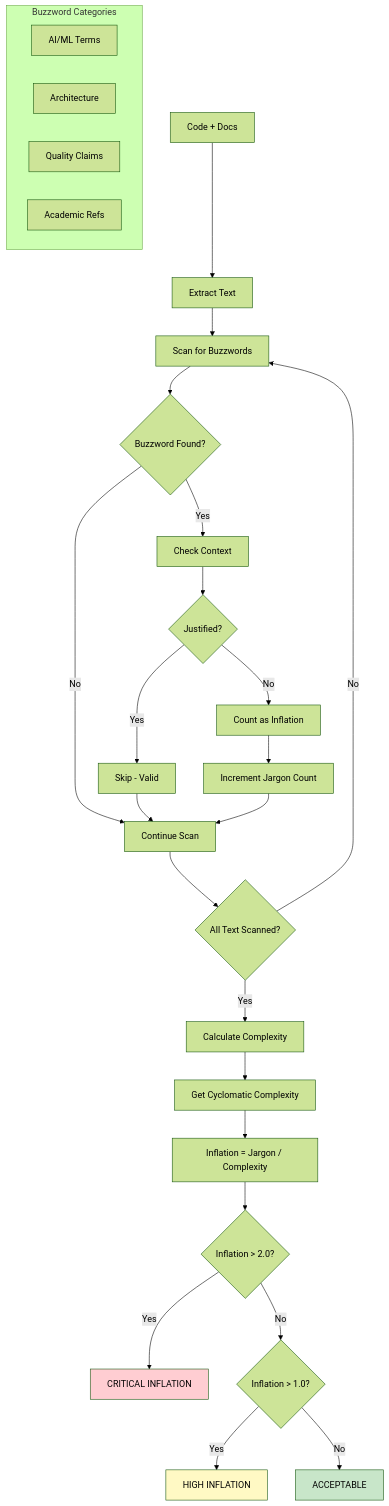
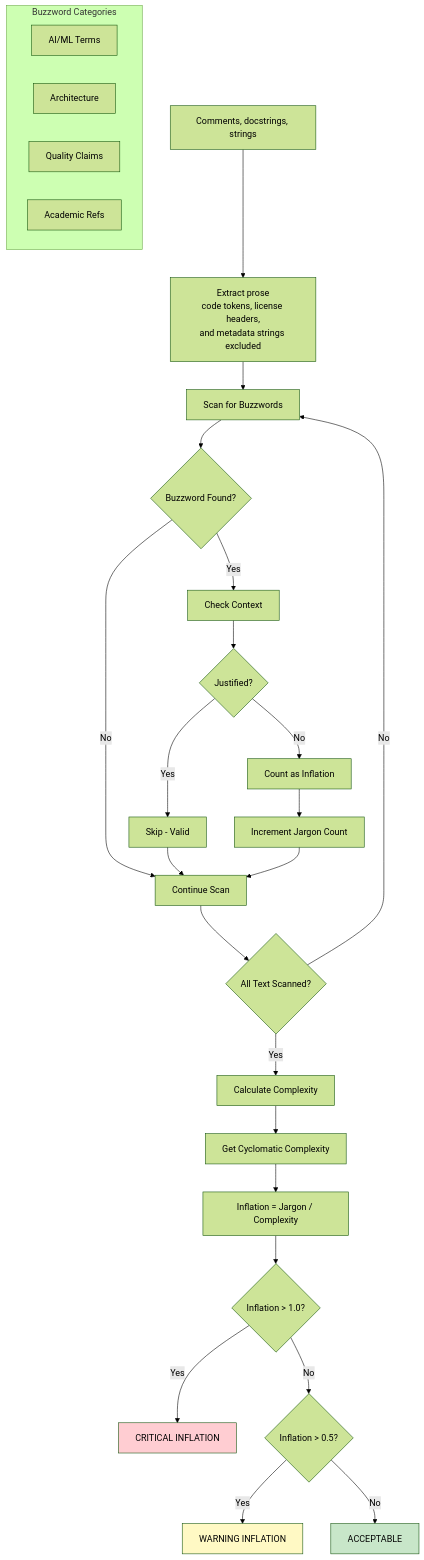
Before and after one commit to flamehaven01/AI-SLOP-Detector: the fourth of 14 diagrams in docs/HOW_IT_WORKS.md, drawn with Mermaid (forest theme). The commit also changed other lines of this file, not shown here.

First line of the commit message:
docs(how-it-works): project score, LDR grades, and inflation bands match the code

````diff
--- a/docs/HOW_IT_WORKS.md
+++ b/docs/HOW_IT_WORKS.md
@@ -159,41 +157,41 @@
 ```mermaid
 flowchart TD
-    A[Code + Docs] --> B[Extract Text]
+    A[Comments, docstrings, strings] --> B[Extract prose<br/>code tokens, license headers,<br/>and metadata strings excluded]
     B --> C[Scan for Buzzwords]
     
     C --> D{Buzzword Found?}
     D -->|Yes| E[Check Context]
     D -->|No| F[Continue Scan]
     
     E --> G{Justified?}
     G -->|Yes| H[Skip - Valid]
     G -->|No| I[Count as Inflation]
     
     H --> F
     I --> J[Increment Jargon Count]
     J --> F
     
     F --> K{All Text Scanned?}
     K -->|No| C
     K -->|Yes| L[Calculate Complexity]
     
     L --> M[Get Cyclomatic Complexity]
     M --> N[Inflation = Jargon / Complexity]
     
-    N --> O{Inflation > 2.0?}
+    N --> O{Inflation > 1.0?}
     O -->|Yes| P[CRITICAL INFLATION]
-    O -->|No| Q{Inflation > 1.0?}
-    Q -->|Yes| R[HIGH INFLATION]
+    O -->|No| Q{Inflation > 0.5?}
+    Q -->|Yes| R[WARNING INFLATION]
     Q -->|No| S[ACCEPTABLE]
     
     style P fill:#ffcdd2
     style R fill:#fff9c4
     style S fill:#c8e6c9
     
     subgraph "Buzzword Categories"
     T1[AI/ML Terms]
     T2[Architecture]
     T3[Quality Claims]
     T4[Academic Refs]
     end
 ```
````
